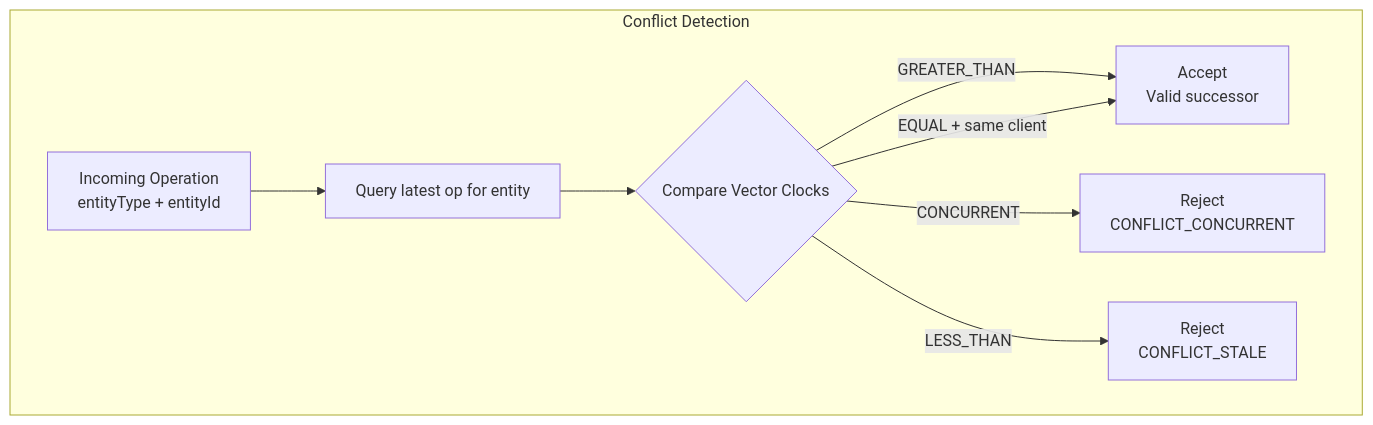
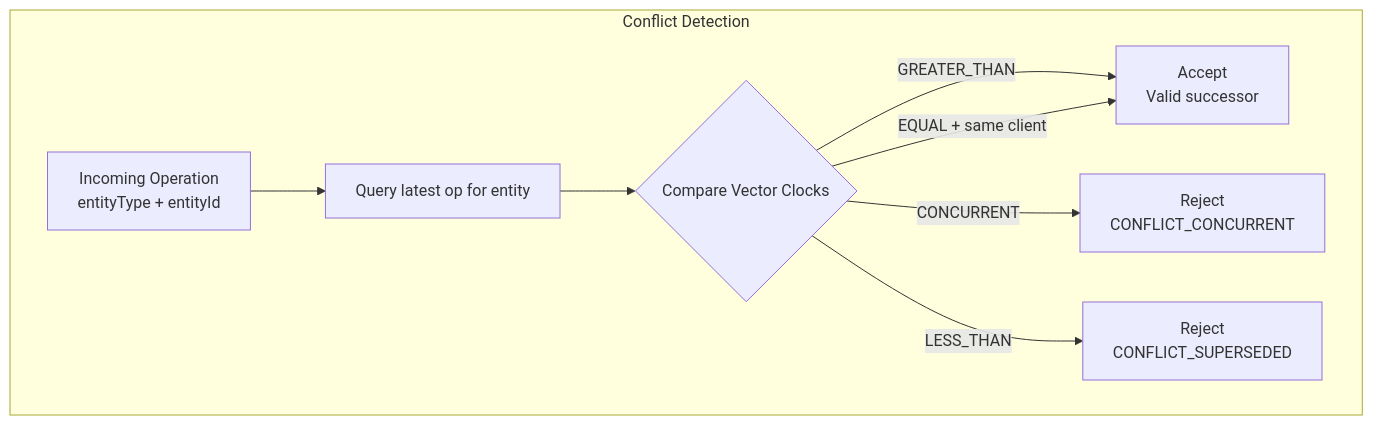
The fifth of 29 diagrams in packages/super-sync-server/sync-server-architecture-diagrams.md (Swastik023/offline-productivity-desktop), drawn with Mermaid before and after one commit. The commit also changed other lines of this file and 39 other files, not shown here.

First line of the commit message:
refactor(sync): rename "stale" to "superseded" across sync/operation domain

````diff
--- a/packages/super-sync-server/sync-server-architecture-diagrams.md
+++ b/packages/super-sync-server/sync-server-architecture-diagrams.md
@@ -193,16 +193,16 @@
 ```mermaid
 flowchart TB
     subgraph Detection["Conflict Detection"]
         Incoming[Incoming Operation<br/>entityType + entityId]
         Query[Query latest op for entity]
         Compare{Compare Vector Clocks}
 
         Incoming --> Query
         Query --> Compare
 
         Compare -->|GREATER_THAN| Accept[Accept<br/>Valid successor]
         Compare -->|EQUAL + same client| Accept
         Compare -->|CONCURRENT| Concurrent[Reject<br/>CONFLICT_CONCURRENT]
-        Compare -->|LESS_THAN| Stale[Reject<br/>CONFLICT_STALE]
+        Compare -->|LESS_THAN| Superseded[Reject<br/>CONFLICT_SUPERSEDED]
     end
 ```
````
